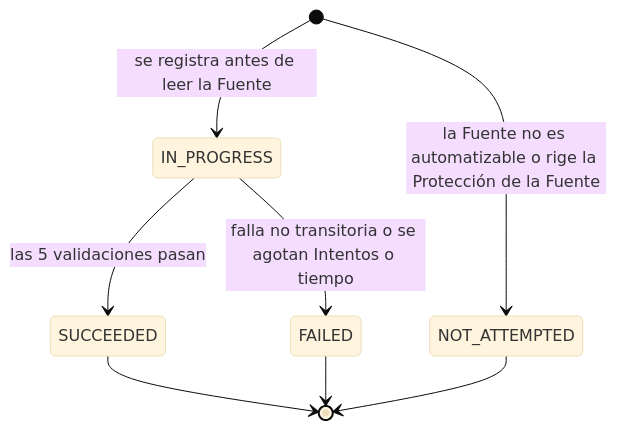
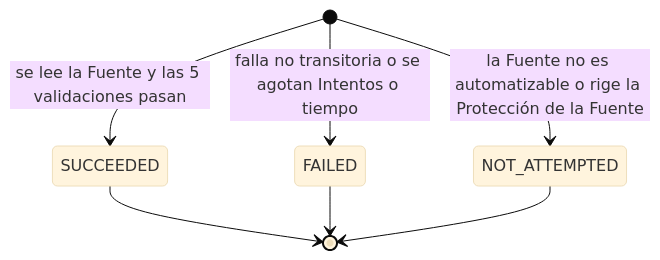
The fourth of 6 diagrams in docs/modelo-de-dominio.md (IvanDaniliuk01/MatriculAR), drawn with Mermaid (base theme) before and after one commit. The commit also changed other lines of this file and 8 other files, not shown here.

````diff
--- a/docs/modelo-de-dominio.md
+++ b/docs/modelo-de-dominio.md
@@ -316,10 +315,9 @@
 ```mermaid
 stateDiagram-v2
-    [*] --> IN_PROGRESS : se registra antes de leer la Fuente
-    IN_PROGRESS --> SUCCEEDED : las 5 validaciones pasan
-    IN_PROGRESS --> FAILED : falla no transitoria o se agotan Intentos o tiempo
+    [*] --> SUCCEEDED : se lee la Fuente y las 5 validaciones pasan
+    [*] --> FAILED : falla no transitoria o se agotan Intentos o tiempo
     [*] --> NOT_ATTEMPTED : la Fuente no es automatizable o rige la Protección de la Fuente
     SUCCEEDED --> [*]
     FAILED --> [*]
     NOT_ATTEMPTED --> [*]
 ```
````
